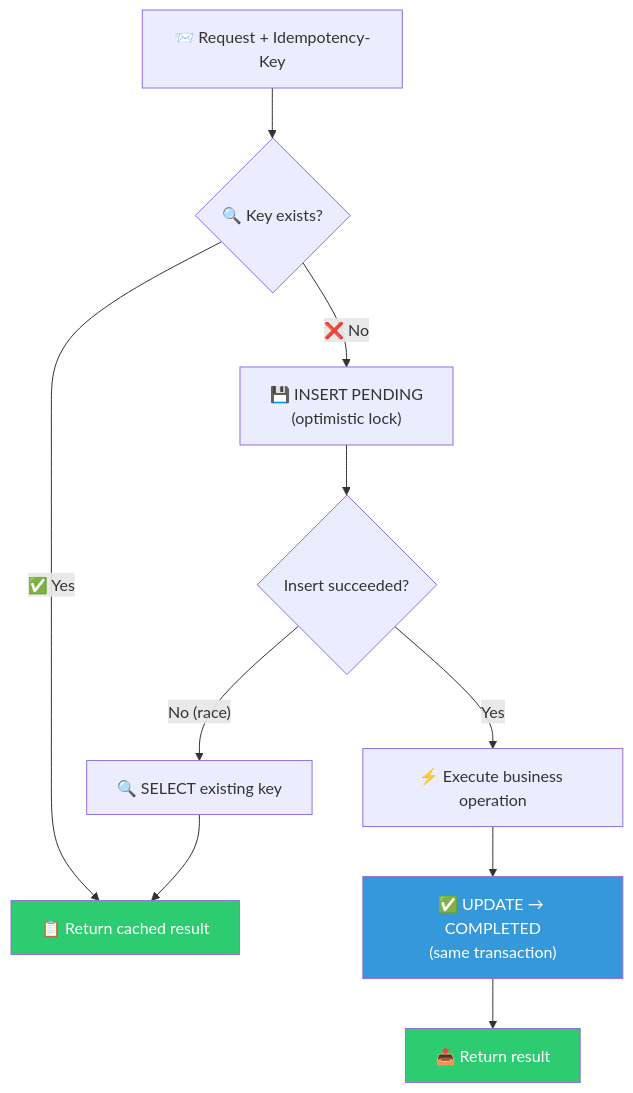
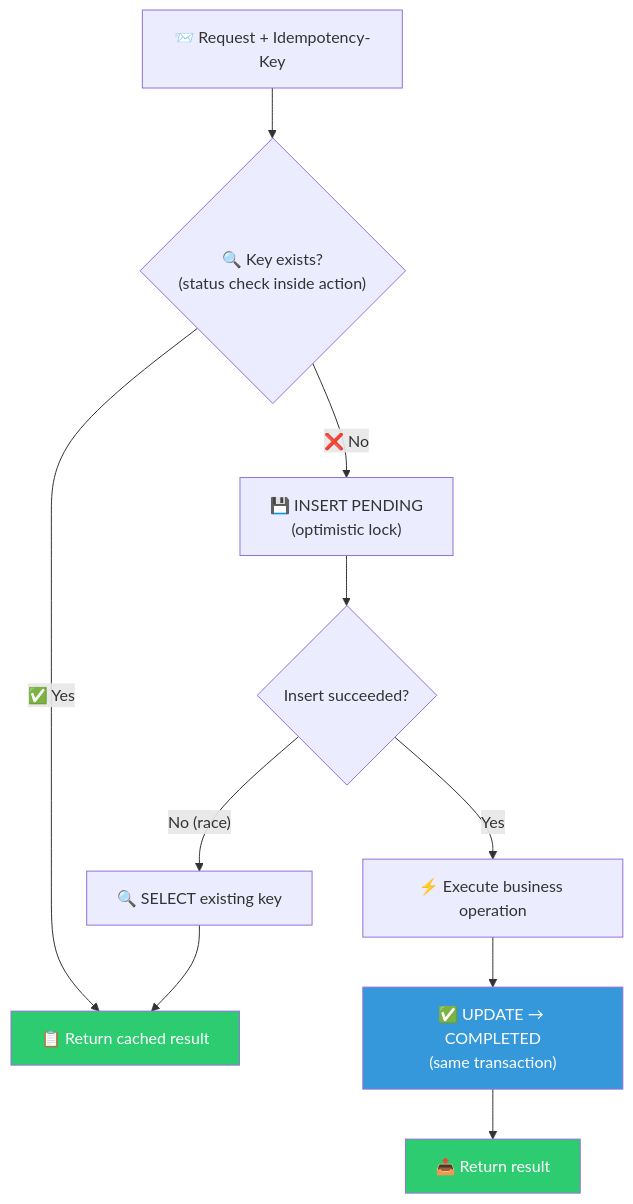
The fifth of 8 diagrams in README.md (sergio11/oracle_multitenant_order_management_poc), drawn with Mermaid before and after one commit. The commit also changed other lines of this file and 50 other files, not shown here.

````diff
--- a/README.md
+++ b/README.md
@@ -233,16 +233,16 @@
 ```mermaid
 flowchart TD
-    A["📨 Request + Idempotency-Key"] --> B{"🔍 Key exists?"}
+    A["📨 Request + Idempotency-Key"] --> B{"🔍 Key exists?<br/>(status check inside action)"}
     B -->|"✅ Yes"| C["📋 Return cached result"]
     B -->|"❌ No"| D["💾 INSERT PENDING<br/>(optimistic lock)"]
     D --> E{"Insert succeeded?"}
     E -->|"No (race)"| F["🔍 SELECT existing key"]
     F --> C
     E -->|"Yes"| G["⚡ Execute business operation"]
     G --> H["✅ UPDATE → COMPLETED<br/>(same transaction)"]
     H --> I["📤 Return result"]
 
     style C fill:#2ecc71,color:#fff
     style I fill:#2ecc71,color:#fff
     style H fill:#3498db,color:#fff
 ```
````
